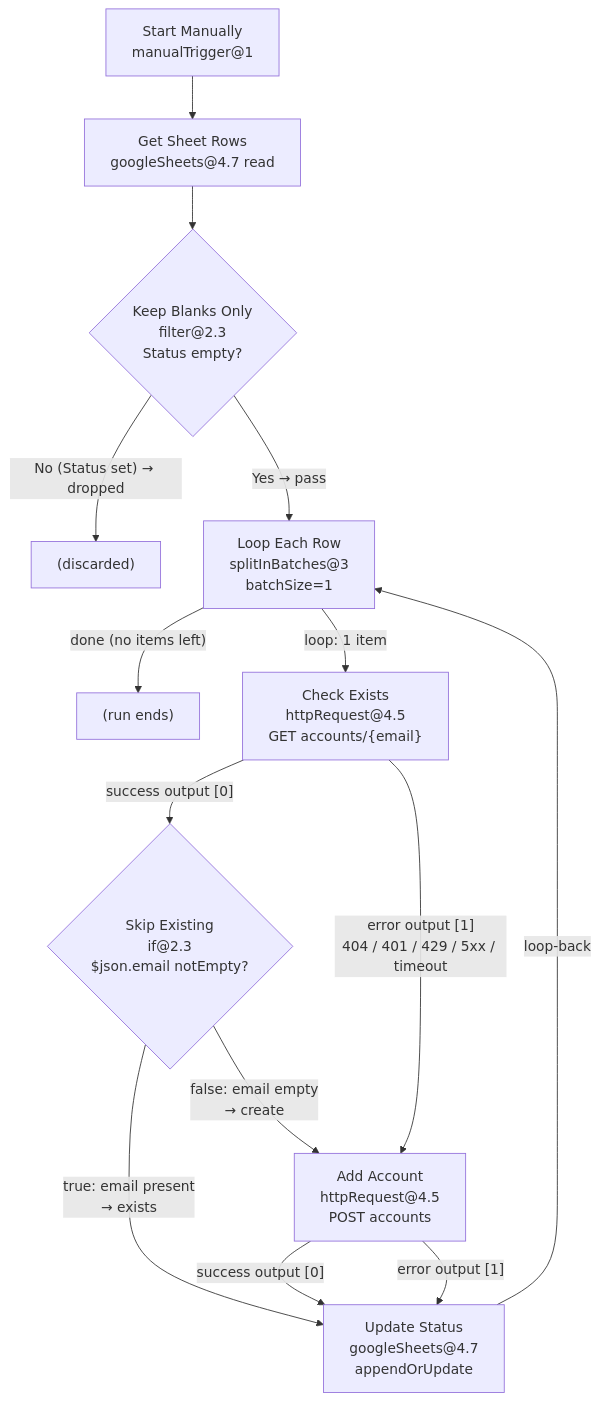
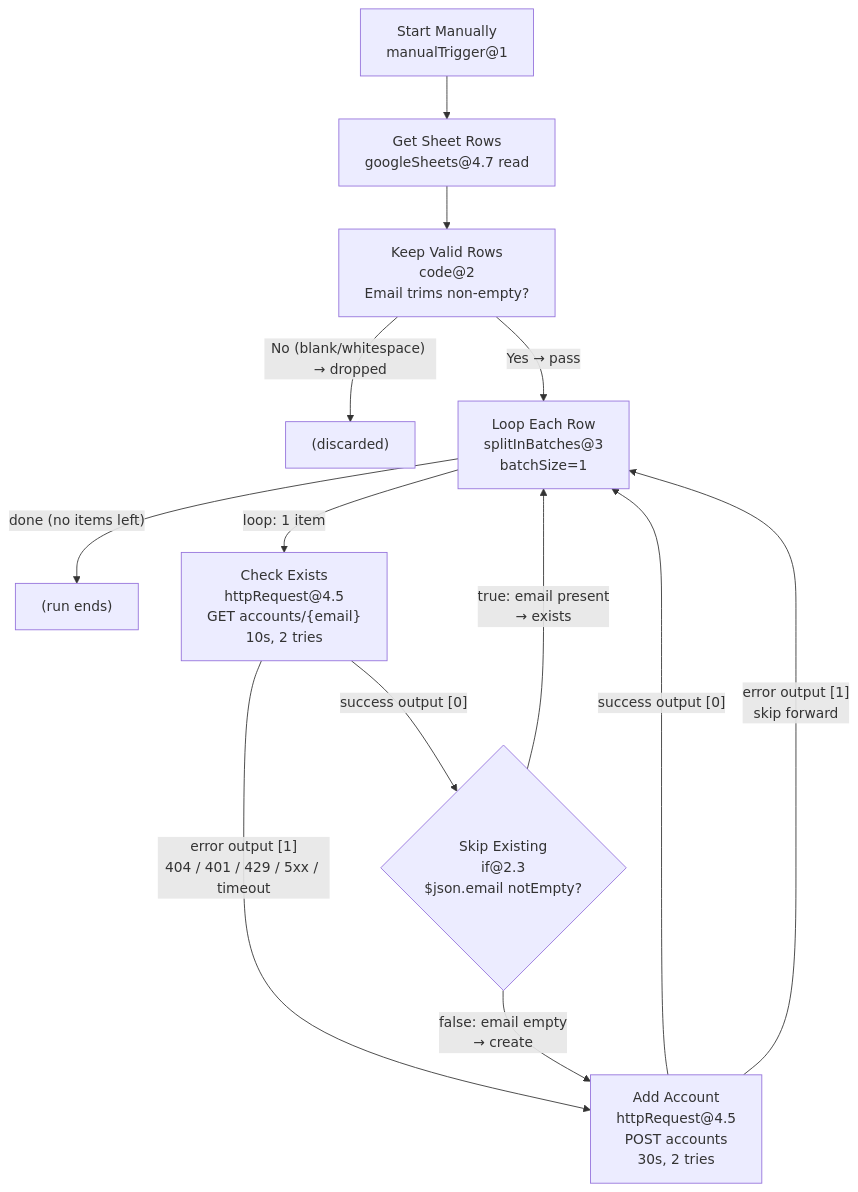
Before and after one commit to branclelabs/n8n-instantly-smtp-bulk-upload: the diagram in docs/GUIDE.md, drawn with Mermaid. The commit also changed other lines of this file, not shown here.

````diff
--- a/docs/GUIDE.md
+++ b/docs/GUIDE.md
@@ -266,16 +263,15 @@
 ```mermaid
 flowchart TB
   A["Start Manually<br/>manualTrigger@1"] --> B["Get Sheet Rows<br/>googleSheets@4.7 read"]
-  B --> C{"Keep Blanks Only<br/>filter@2.3<br/>Status empty?"}
-  C -- "No (Status set) → dropped" --> Z1["(discarded)"]
+  B --> C["Keep Valid Rows<br/>code@2<br/>Email trims non-empty?"]
+  C -- "No (blank/whitespace) → dropped" --> Z1["(discarded)"]
   C -- "Yes → pass" --> D["Loop Each Row<br/>splitInBatches@3<br/>batchSize=1"]
   D -- "done (no items left)" --> Z2["(run ends)"]
-  D -- "loop: 1 item" --> E["Check Exists<br/>httpRequest@4.5<br/>GET accounts/{email}"]
+  D -- "loop: 1 item" --> E["Check Exists<br/>httpRequest@4.5<br/>GET accounts/{email}<br/>10s, 2 tries"]
   E -- "success output [0]" --> F{"Skip Existing<br/>if@2.3<br/>$json.email notEmpty?"}
-  E -- "error output [1]<br/>404 / 401 / 429 / 5xx / timeout" --> G["Add Account<br/>httpRequest@4.5<br/>POST accounts"]
-  F -- "true: email present<br/>→ exists" --> H["Update Status<br/>googleSheets@4.7<br/>appendOrUpdate"]
+  E -- "error output [1]<br/>404 / 401 / 429 / 5xx / timeout" --> G["Add Account<br/>httpRequest@4.5<br/>POST accounts<br/>30s, 2 tries"]
+  F -- "true: email present<br/>→ exists" --> D
   F -- "false: email empty<br/>→ create" --> G
-  G -- "success output [0]" --> H
-  G -- "error output [1]" --> H
-  H -- "loop-back" --> D
+  G -- "success output [0]" --> D
+  G -- "error output [1]<br/>skip forward" --> D
 ```
````
